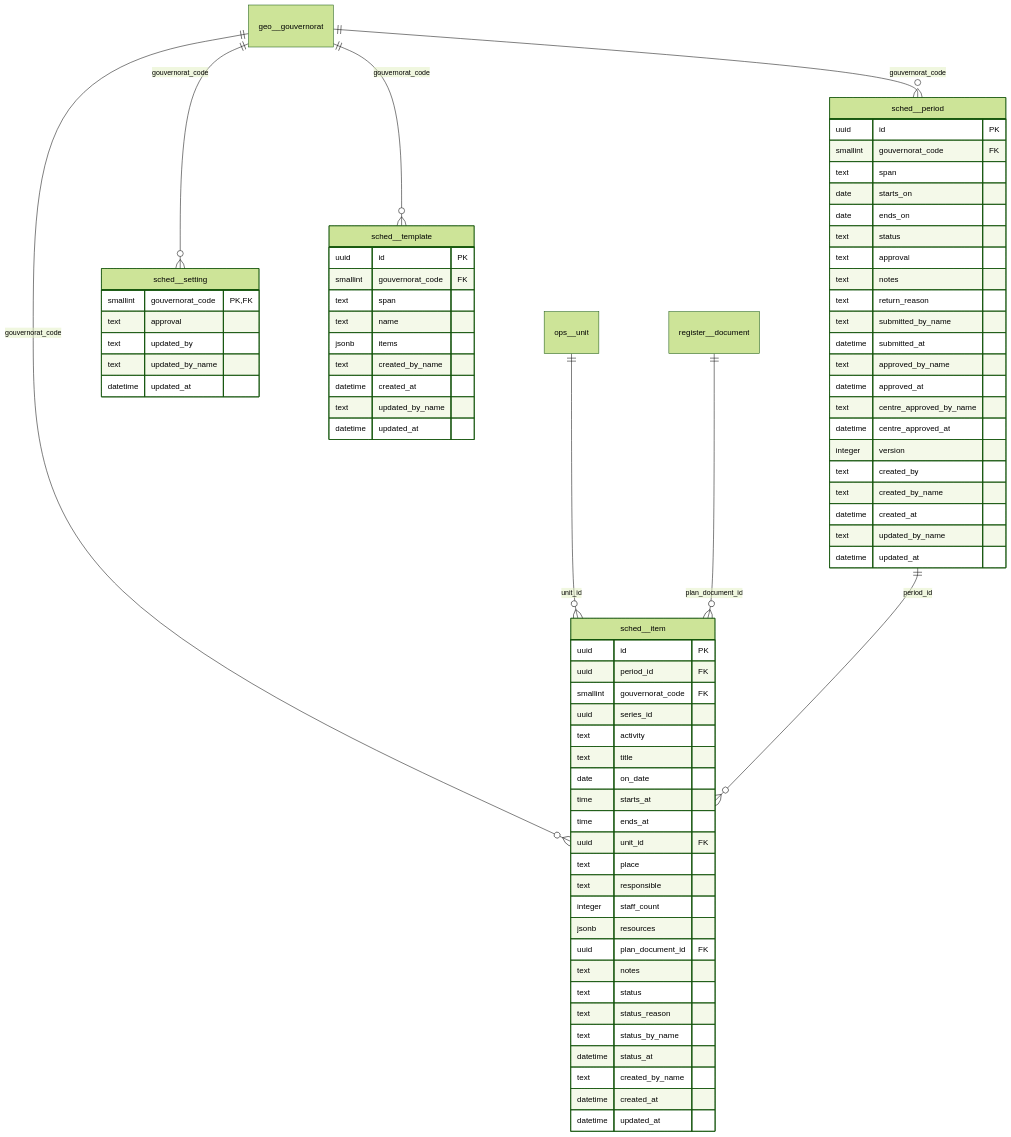
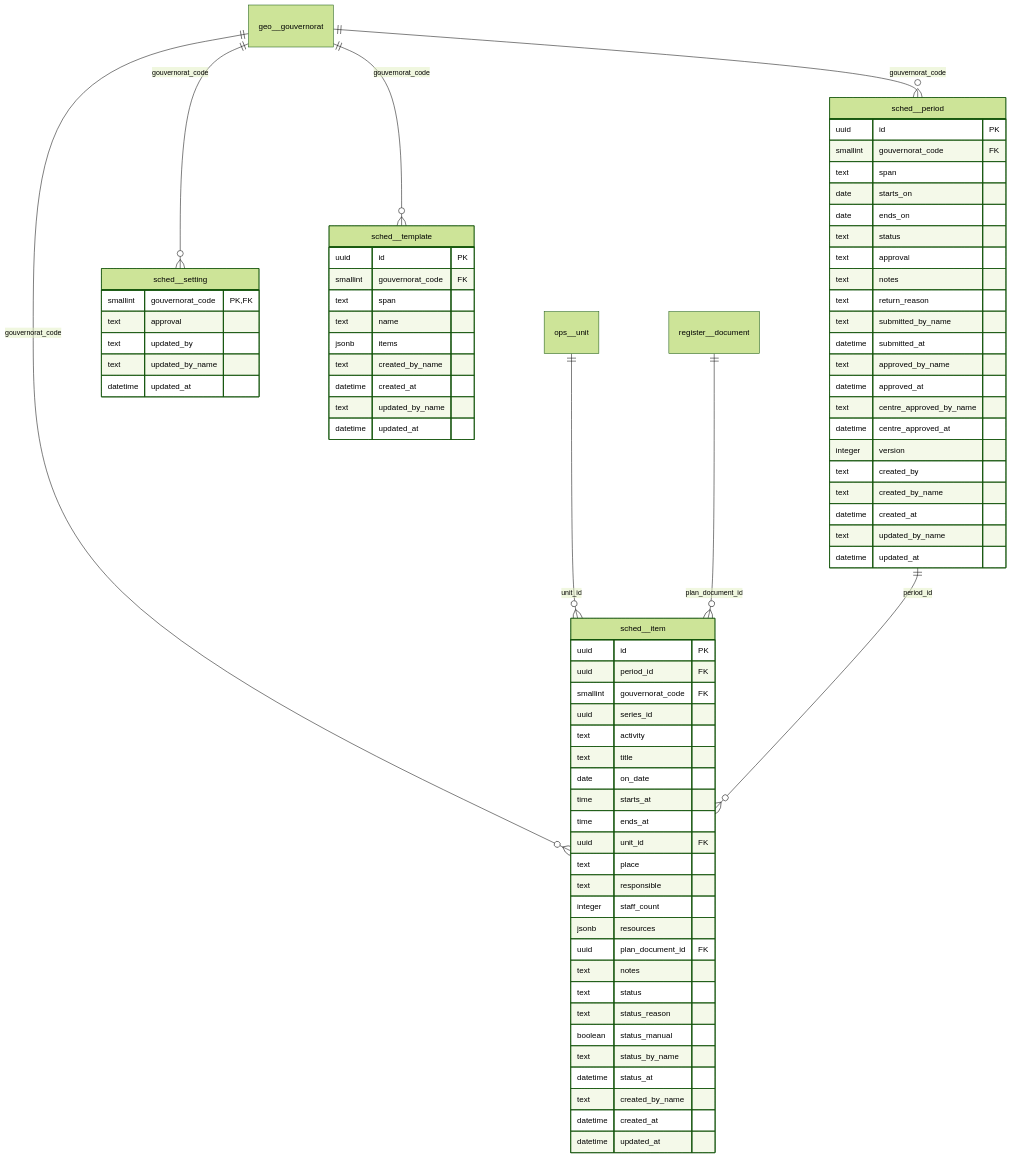
Before and after one commit to mouhabouk/E-HIMAYA: diagram 25 of 27 in docs/erd.md, drawn with Mermaid (forest theme). The commit also changed 16 other files, not shown here.

````diff
--- a/docs/erd.md
+++ b/docs/erd.md
@@ -2449,76 +2449,77 @@
 ```mermaid
 erDiagram
     sched__item {
         uuid id PK
         uuid period_id FK
         smallint gouvernorat_code FK
         uuid series_id
         text activity
         text title
         date on_date
         time starts_at
         time ends_at
         uuid unit_id FK
         text place
         text responsible
         integer staff_count
         jsonb resources
         uuid plan_document_id FK
         text notes
         text status
         text status_reason
+        boolean status_manual
         text status_by_name
         datetime status_at
         text created_by_name
         datetime created_at
         datetime updated_at
     }
     sched__period {
         uuid id PK
         smallint gouvernorat_code FK
         text span
         date starts_on
         date ends_on
         text status
         text approval
         text notes
         text return_reason
         text submitted_by_name
         datetime submitted_at
         text approved_by_name
         datetime approved_at
         text centre_approved_by_name
         datetime centre_approved_at
         integer version
         text created_by
         text created_by_name
         datetime created_at
         text updated_by_name
         datetime updated_at
     }
     sched__setting {
         smallint gouvernorat_code PK,FK
         text approval
         text updated_by
         text updated_by_name
         datetime updated_at
     }
     sched__template {
         uuid id PK
         smallint gouvernorat_code FK
         text span
         text name
         jsonb items
         text created_by_name
         datetime created_at
         text updated_by_name
         datetime updated_at
     }
     geo__gouvernorat ||--o{ sched__item : "gouvernorat_code"
     geo__gouvernorat ||--o{ sched__period : "gouvernorat_code"
     geo__gouvernorat ||--o{ sched__setting : "gouvernorat_code"
     geo__gouvernorat ||--o{ sched__template : "gouvernorat_code"
     ops__unit ||--o{ sched__item : "unit_id"
     register__document ||--o{ sched__item : "plan_document_id"
     sched__period ||--o{ sched__item : "period_id"
 ```
````
